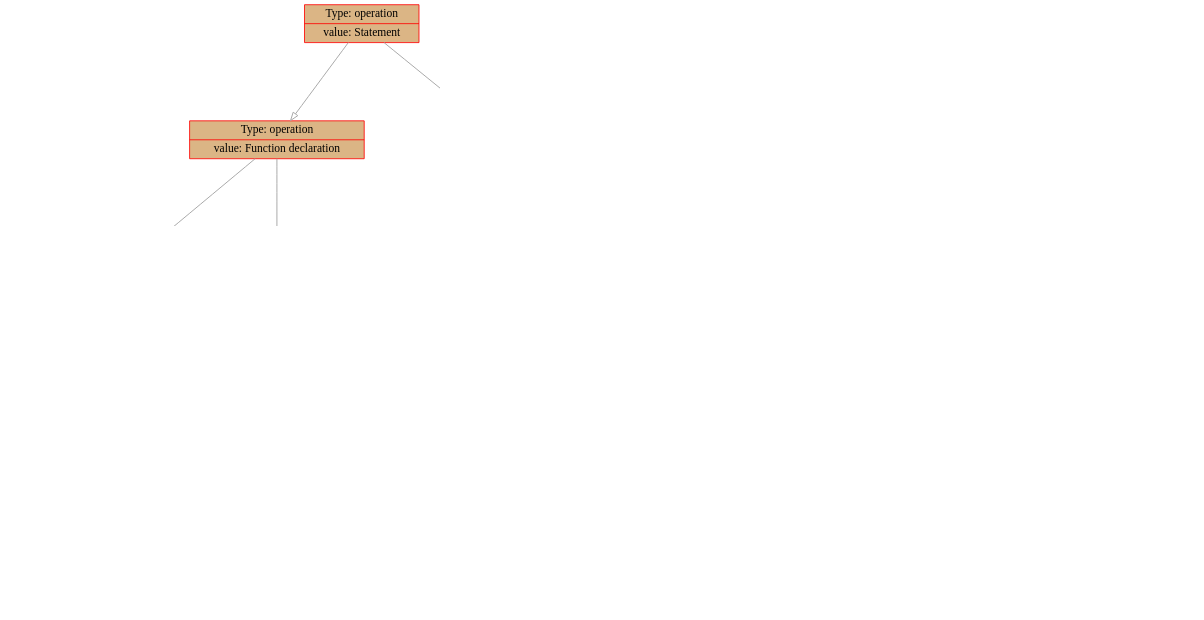
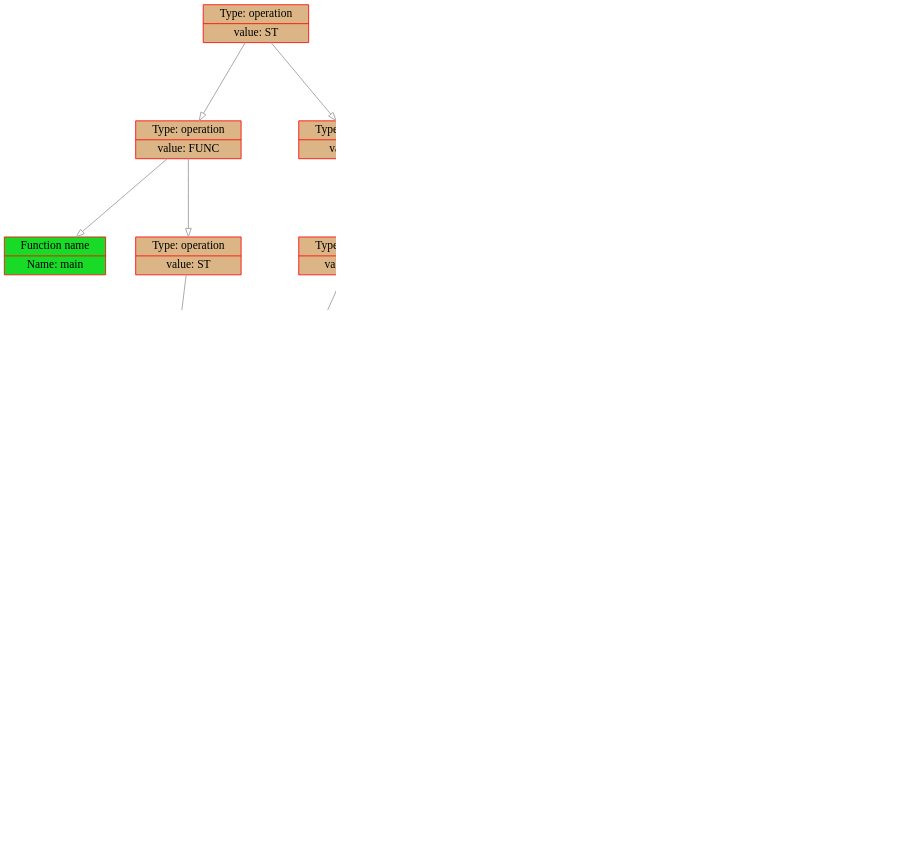
One commit to dodokek/ProgrammingLanguage changed the diagram in backend/data/graph.dot. Above: the diagram before and after it, drawn with Graphviz. The commit also changed 9 other files, not shown here.

```diff
--- a/backend/data/graph.dot
+++ b/backend/data/graph.dot
@@ -1,82 +1,79 @@
 
     digraph g {
         dpi      = 200;
         fontname = "Comic Sans MS";
         fontsize = 20;
         rankdir   =  TB;
         edge [color = darkgrey, arrowhead = onormal, arrowsize = 1, penwidth = 1.2]
         graph[fillcolor = lightgreen, ranksep = 1.3, nodesep = 0.5,
         style = "rounded, filled",color = green, penwidth = 2]
 
-    Node0000012841f268d0[shape=record, width=0.2, style="filled", color="red", fillcolor="#DBB585",label=" {Type: operation | value: Statement}"] 
+    Node000001c444516870[shape=record, width=0.2, style="filled", color="red", fillcolor="#DBB585",label=" {Type: operation | value: ST}"] 
  
-Node0000012841f21d70[shape=record, width=0.2, style="filled", color="red", fillcolor="#DBB585",label=" {Type: operation | value: Function declaration}"] 
+Node000001c444511ce0[shape=record, width=0.2, style="filled", color="red", fillcolor="#DBB585",label=" {Type: operation | value: FUNC}"] 
  
-Node0000012841f21c50[shape=record, width=0.2, style="filled", color="red", fillcolor="#19DB27",label=" {Function name |Name: main}"] 
+Node000001c444511c50[shape=record, width=0.2, style="filled", color="red", fillcolor="#19DB27",label=" {Function name |Name: main}"] 
  
-Node0000012841f21d40[shape=record, width=0.2, style="filled", color="red", fillcolor="#DBB585",label=" {Type: operation | value: Statement}"] 
+Node000001c444511cb0[shape=record, width=0.2, style="filled", color="red", fillcolor="#DBB585",label=" {Type: operation | value: ST}"] 
  
-Node0000012841f21ce0[shape=record, width=0.2, style="filled", color="red", fillcolor="#DBB585",label=" {Type: operation | value: +}"] 
+Node000001c444511c80[shape=record, width=0.2, style="filled", color="red", fillcolor="#DB8E21",label=" {Type: number | value: 2}"] 
  
-Node0000012841f21c80[shape=record, width=0.2, style="filled", color="red", fillcolor="#DB8E21",label=" {Type: number | value: 1}"] 
+Node000001c4445167e0[shape=record, width=0.2, style="filled", color="red", fillcolor="#DBB585",label=" {Type: operation | value: ST}"] 
  
-Node0000012841f21cb0[shape=record, width=0.2, style="filled", color="red", fillcolor="#DB8E21",label=" {Type: number | value: 1}"] 
+Node000001c444511d70[shape=record, width=0.2, style="filled", color="red", fillcolor="#DBB585",label=" {Type: operation | value: VAR}"] 
  
-Node0000012841f21d10[shape=record, width=0.2, style="filled", color="red", fillcolor="#DBB585",label=" {Type: operation | value: Return of function}"] 
+Node000001c444511d10[shape=record, width=0.2, style="filled", color="red", fillcolor="#19DB27",label=" {Type: variable | value: Y}"] 
  
-Node0000012841f267e0[shape=record, width=0.2, style="filled", color="red", fillcolor="#DBB585",label=" {Type: operation | value: if}"] 
+Node000001c444511d40[shape=record, width=0.2, style="filled", color="red", fillcolor="#DB8E21",label=" {Type: number | value: 20}"] 
  
-Node0000012841f265e0[shape=record, width=0.2, style="filled", color="red", fillcolor="#DBB585",label=" {Type: operation | value: ==}"] 
+Node000001c444516a80[shape=record, width=0.2, style="filled", color="red", fillcolor="#DBB585",label=" {Type: operation | value: ST}"] 
  
-Node0000012841f26580[shape=record, width=0.2, style="filled", color="red", fillcolor="#DB8E21",label=" {Type: number | value: 1}"] 
+Node000001c4445167b0[shape=record, width=0.2, style="filled", color="red", fillcolor="#DBB585",label=" {Type: operation | value: IF}"] 
  
-Node0000012841f265b0[shape=record, width=0.2, style="filled", color="red", fillcolor="#DB8E21",label=" {Type: number | value: 2}"] 
+Node000001c4445165e0[shape=record, width=0.2, style="filled", color="red", fillcolor="#DBB585",label=" {Type: operation | value: ADD}"] 
  
-Node0000012841f26870[shape=record, width=0.2, style="filled", color="red", fillcolor="#DBB585",label=" {Type: operation | value: else}"] 
+Node000001c444516580[shape=record, width=0.2, style="filled", color="red", fillcolor="#DB8E21",label=" {Type: number | value: 2}"] 
  
-Node0000012841f266a0[shape=record, width=0.2, style="filled", color="red", fillcolor="#DBB585",label=" {Type: operation | value: Statement}"] 
+Node000001c4445165b0[shape=record, width=0.2, style="filled", color="red", fillcolor="#DB8E21",label=" {Type: number | value: 2}"] 
  
-Node0000012841f26670[shape=record, width=0.2, style="filled", color="red", fillcolor="#DBB585",label=" {Type: operation | value: Var}"] 
+Node000001c444516750[shape=record, width=0.2, style="filled", color="red", fillcolor="#DBB585",label=" {Type: operation | value: ELSE}"] 
  
-Node0000012841f26610[shape=record, width=0.2, style="filled", color="red", fillcolor="#19DB27",label=" {Type: variable | value: X}"] 
+Node000001c4445166a0[shape=record, width=0.2, style="filled", color="red", fillcolor="#DBB585",label=" {Type: operation | value: ST}"] 
  
-Node0000012841f26640[shape=record, width=0.2, style="filled", color="red", fillcolor="#DB8E21",label=" {Type: number | value: 2}"] 
+Node000001c444516670[shape=record, width=0.2, style="filled", color="red", fillcolor="#DBB585",label=" {Type: operation | value: VAR}"] 
  
-Node0000012841f26840[shape=record, width=0.2, style="filled", color="red", fillcolor="#DBB585",label=" {Type: operation | value: if}"] 
+Node000001c444516610[shape=record, width=0.2, style="filled", color="red", fillcolor="#19DB27",label=" {Type: variable | value: Y}"] 
  
-Node0000012841f268a0[shape=record, width=0.2, style="filled", color="red", fillcolor="#DBB585",label=" {Type: operation | value: ==}"] 
+Node000001c444516640[shape=record, width=0.2, style="filled", color="red", fillcolor="#DB8E21",label=" {Type: number | value: 2}"] 
  
-Node0000012841f267b0[shape=record, width=0.2, style="filled", color="red", fillcolor="#DB8E21",label=" {Type: number | value: 3}"] 
+Node000001c4445168d0[shape=record, width=0.2, style="filled", color="red", fillcolor="#DBB585",label=" {Type: operation | value: ST}"] 
  
-Node0000012841f26810[shape=record, width=0.2, style="filled", color="red", fillcolor="#19DB27",label=" {Type: variable | value: X}"] 
+Node000001c444516810[shape=record, width=0.2, style="filled", color="red", fillcolor="#DBB585",label=" {Type: operation | value: VAR}"] 
  
-Node0000012841f269f0[shape=record, width=0.2, style="filled", color="red", fillcolor="#DBB585",label=" {Type: operation | value: else}"] 
+Node000001c4445169c0[shape=record, width=0.2, style="filled", color="red", fillcolor="#19DB27",label=" {Type: variable | value: Y}"] 
  
-Node0000012841f26720[shape=record, width=0.2, style="filled", color="red", fillcolor="#DB8E21",label=" {Type: number | value: 123}"] 
+Node000001c4445169f0[shape=record, width=0.2, style="filled", color="red", fillcolor="#DB8E21",label=" {Type: number | value: 2}"] 
  
-Node0000012841f26960[shape=record, width=0.2, style="filled", color="red", fillcolor="#DB8E21",label=" {Type: number | value: 546}"] 
- 
-Node0000012841f268d0->Node0000012841f21d70
-Node0000012841f21d70->Node0000012841f21c50
-Node0000012841f21d70->Node0000012841f21d40
-Node0000012841f21d40->Node0000012841f21ce0
-Node0000012841f21ce0->Node0000012841f21c80
-Node0000012841f21ce0->Node0000012841f21cb0
-Node0000012841f21d40->Node0000012841f21d10
-Node0000012841f268d0->Node0000012841f267e0
-Node0000012841f267e0->Node0000012841f265e0
-Node0000012841f265e0->Node0000012841f26580
-Node0000012841f265e0->Node0000012841f265b0
-Node0000012841f267e0->Node0000012841f26870
-Node0000012841f26870->Node0000012841f266a0
-Node0000012841f266a0->Node0000012841f26670
-Node0000012841f26670->Node0000012841f26610
-Node0000012841f26670->Node0000012841f26640
-Node0000012841f26870->Node0000012841f26840
-Node0000012841f26840->Node0000012841f268a0
-Node0000012841f268a0->Node0000012841f267b0
-Node0000012841f268a0->Node0000012841f26810
-Node0000012841f26840->Node0000012841f269f0
-Node0000012841f269f0->Node0000012841f26720
-Node0000012841f269f0->Node0000012841f26960
+Node000001c444516870->Node000001c444511ce0
+Node000001c444511ce0->Node000001c444511c50
+Node000001c444511ce0->Node000001c444511cb0
+Node000001c444511cb0->Node000001c444511c80
+Node000001c444516870->Node000001c4445167e0
+Node000001c4445167e0->Node000001c444511d70
+Node000001c444511d70->Node000001c444511d10
+Node000001c444511d70->Node000001c444511d40
+Node000001c4445167e0->Node000001c444516a80
+Node000001c444516a80->Node000001c4445167b0
+Node000001c4445167b0->Node000001c4445165e0
+Node000001c4445165e0->Node000001c444516580
+Node000001c4445165e0->Node000001c4445165b0
+Node000001c4445167b0->Node000001c444516750
+Node000001c444516750->Node000001c4445166a0
+Node000001c4445166a0->Node000001c444516670
+Node000001c444516670->Node000001c444516610
+Node000001c444516670->Node000001c444516640
+Node000001c444516750->Node000001c4445168d0
+Node000001c4445168d0->Node000001c444516810
+Node000001c444516810->Node000001c4445169c0
+Node000001c444516810->Node000001c4445169f0
 }
```
